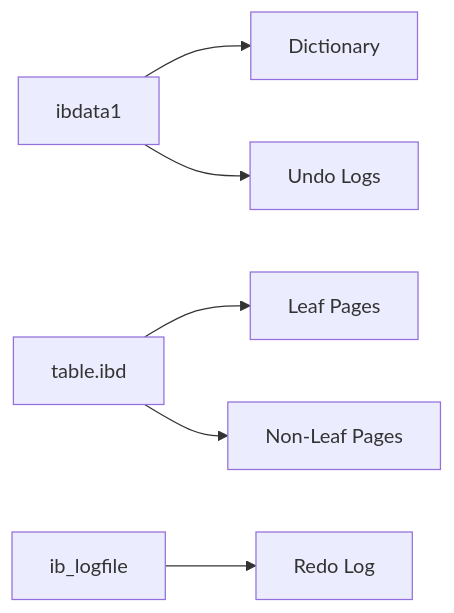
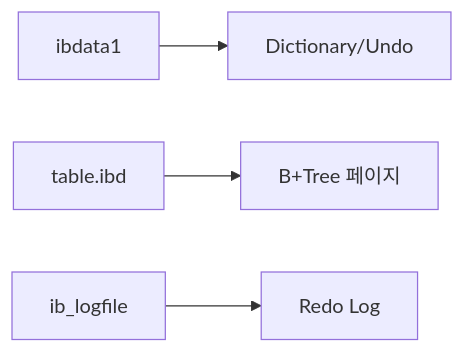
The second of 15 diagrams in _posts/db/2026-05-01-db-comparison.md (yjkim2015/yjkim2015.github.io), drawn with Mermaid before and after one commit. The commit also changed other lines of this file and 163 other files, not shown here.

First line of the commit message:
Mermaid 300개 블록 내용 축소: 5노드 5엣지 이하, 의미 있는 약어

````diff
--- a/_posts/db/2026-05-01-db-comparison.md
+++ b/_posts/db/2026-05-01-db-comparison.md
@@ -69,8 +69,6 @@
 ```mermaid
 graph LR
-    A["ibdata1"] --> A1["Dictionary"]
-    A --> A2["Undo Logs"]
-    B["table.ibd"] --> B1["Leaf Pages"]
-    B --> B2["Non-Leaf Pages"]
+    A["ibdata1"] --> A1["Dictionary/Undo"]
+    B["table.ibd"] --> B1["B+Tree 페이지"]
     C["ib_logfile"] --> C1["Redo Log"]
 ```
````
